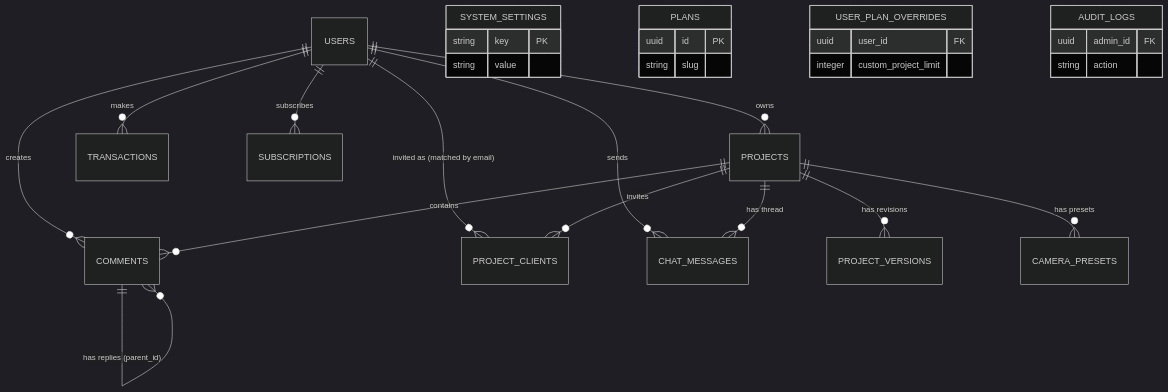
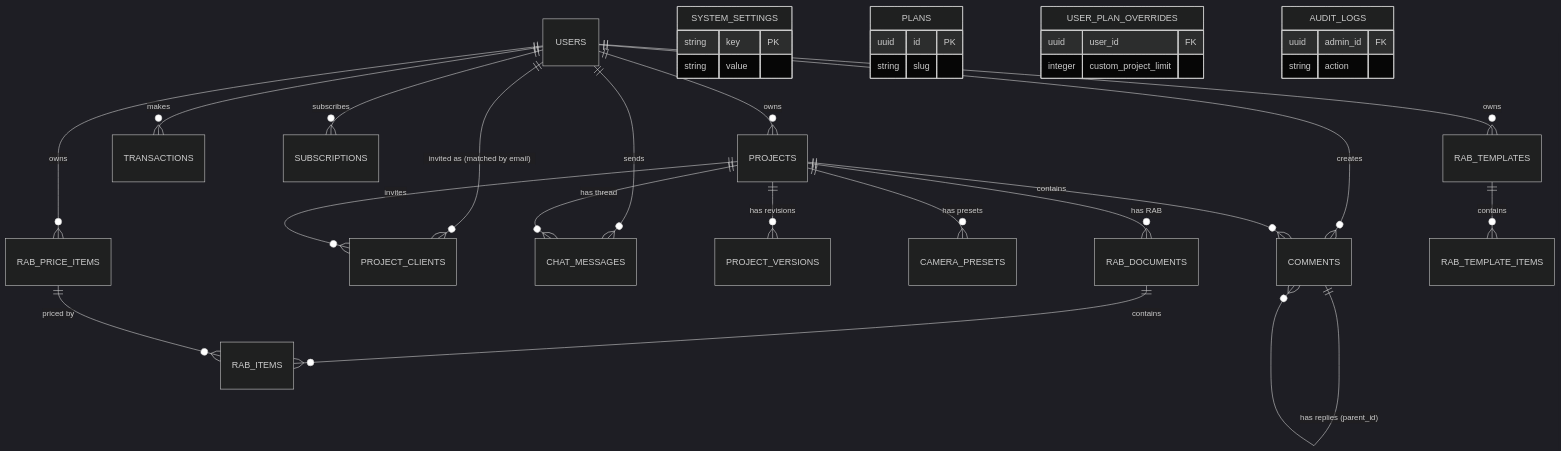
The diagram in guide/DATABASE_SCHEMA.md (fantasiraya/web3d_arsitek), drawn with Mermaid (dark theme) before and after one commit. The commit also changed other lines of this file and 45 other files, not shown here.

````diff
--- a/guide/DATABASE_SCHEMA.md
+++ b/guide/DATABASE_SCHEMA.md
@@ -13,31 +13,37 @@
 ```mermaid
 erDiagram
     USERS ||--o{ PROJECTS : "owns"
     USERS ||--o{ COMMENTS : "creates"
     USERS ||--o{ TRANSACTIONS : "makes"
     USERS ||--o{ SUBSCRIPTIONS : "subscribes"
     USERS ||--o{ PROJECT_CLIENTS : "invited as (matched by email)"
     USERS ||--o{ CHAT_MESSAGES : "sends"
     PROJECTS ||--o{ COMMENTS : "contains"
     PROJECTS ||--o{ PROJECT_VERSIONS : "has revisions"
     PROJECTS ||--o{ PROJECT_CLIENTS : "invites"
     PROJECTS ||--o{ CHAT_MESSAGES : "has thread"
     PROJECTS ||--o{ CAMERA_PRESETS : "has presets"
     COMMENTS ||--o{ COMMENTS : "has replies (parent_id)"
+    USERS ||--o{ RAB_PRICE_ITEMS : "owns"
+    USERS ||--o{ RAB_TEMPLATES : "owns"
+    PROJECTS ||--o{ RAB_DOCUMENTS : "has RAB"
+    RAB_DOCUMENTS ||--o{ RAB_ITEMS : "contains"
+    RAB_TEMPLATES ||--o{ RAB_TEMPLATE_ITEMS : "contains"
+    RAB_PRICE_ITEMS ||--o{ RAB_ITEMS : "priced by"
     SYSTEM_SETTINGS {
         string key PK
         string value
     }
     PLANS {
         uuid id PK
         string slug
     }
     USER_PLAN_OVERRIDES {
         uuid user_id FK
         integer custom_project_limit
     }
     AUDIT_LOGS {
         uuid admin_id FK
         string action
     }
 ```
````
